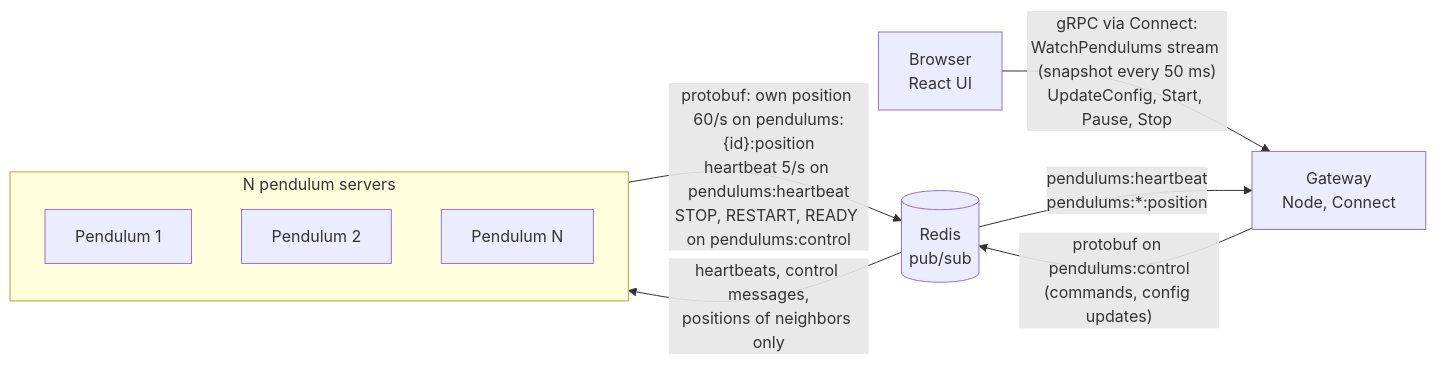
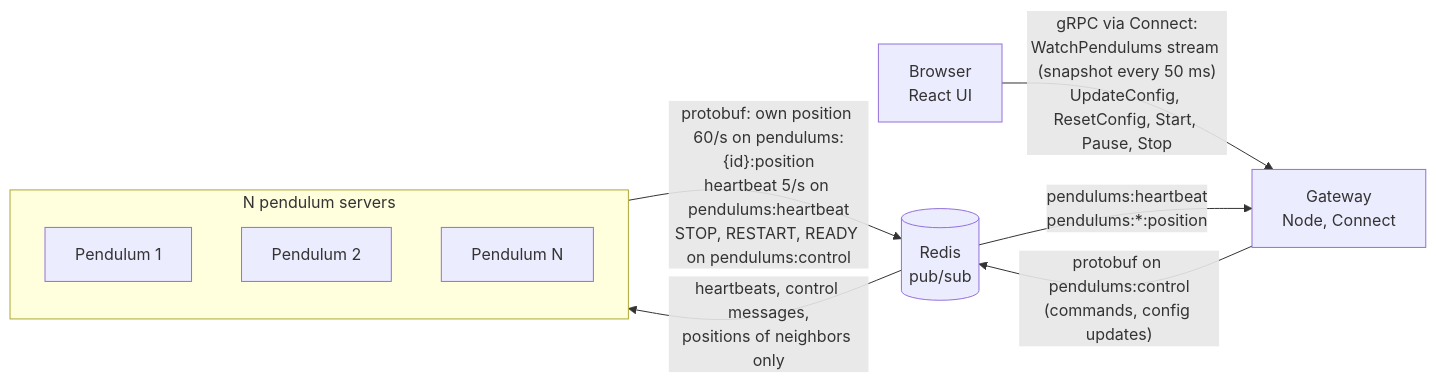
Before and after one commit to dan-antonelli/distributed-pendulums: the diagram in README.md, drawn with Mermaid. The commit also changed other lines of this file and 12 other files, not shown here.

````diff
--- a/README.md
+++ b/README.md
@@ -21,16 +21,16 @@
 ```mermaid
 flowchart LR
   B["Browser<br>React UI"]
   G["Gateway<br>Node, Connect"]
   R[("Redis<br>pub/sub")]
   subgraph S["N pendulum servers"]
     P1["Pendulum 1"]
     P2["Pendulum 2"]
     PN["Pendulum N"]
   end
-  B -- "gRPC via Connect:<br>WatchPendulums stream (snapshot every 50 ms)<br>UpdateConfig, Start, Pause, Stop" --> G
+  B -- "gRPC via Connect:<br>WatchPendulums stream (snapshot every 50 ms)<br>UpdateConfig, ResetConfig, Start, Pause, Stop" --> G
   G -- "protobuf on pendulums:control<br>(commands, config updates)" --> R
   R -- "pendulums:heartbeat<br>pendulums:*:position" --> G
   S -- "protobuf: own position 60/s on pendulums:{id}:position<br>heartbeat 5/s on pendulums:heartbeat<br>STOP, RESTART, READY on pendulums:control" --> R
   R -- "heartbeats, control messages,<br>positions of neighbors only" --> S
 ```
````
